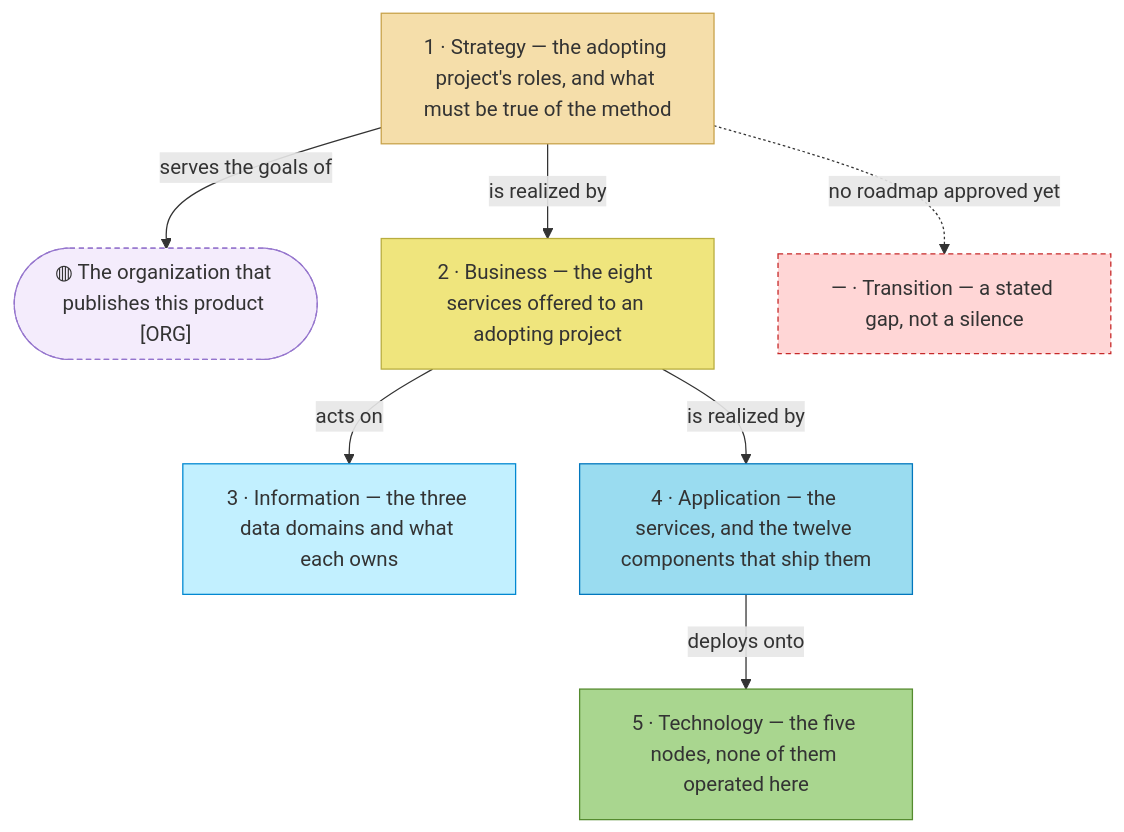
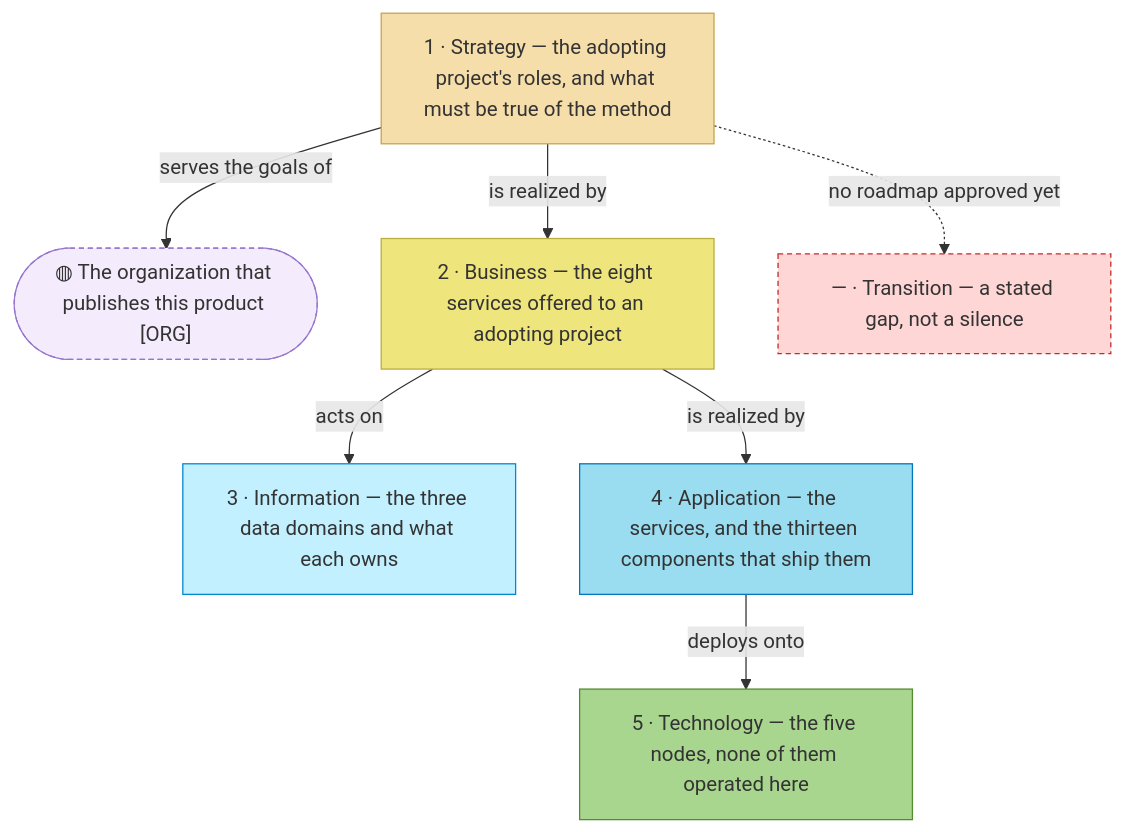
The diagram in product-archreator/architecture/README.md (roanboc/architecture-archreator), drawn with Mermaid before and after one commit. The commit also changed other lines of this file and 38 other files, not shown here.

````diff
--- a/product-archreator/architecture/README.md
+++ b/product-archreator/architecture/README.md
@@ -16,26 +17,26 @@
 ```mermaid
 flowchart TB
   org(["◍ The organization that publishes this product [ORG]"]):::ext
 
   l1["1 · Strategy — the adopting project's roles, and what must be true of the method"]:::strategy
   l2["2 · Business — the eight services offered to an adopting project"]:::business
   l3["3 · Information — the three data domains and what each owns"]:::info
-  l4["4 · Application — the services, and the twelve components that ship them"]:::app
+  l4["4 · Application — the services, and the thirteen components that ship them"]:::app
   l5["5 · Technology — the five nodes, none of them operated here"]:::tech
   gap["— · Transition — a stated gap, not a silence"]:::gap
 
   l1 -->|serves the goals of| org
   l1 -->|is realized by| l2
   l2 -->|acts on| l3
   l2 -->|is realized by| l4
   l4 -->|deploys onto| l5
   l1 -.->|no roadmap approved yet| gap
 
   classDef strategy fill:#f5deaa,stroke:#c8a24a,color:#333
   classDef business fill:#efe57d,stroke:#b8ad3f,color:#333
   classDef info fill:#c2f0ff,stroke:#0288d1,color:#333
   classDef app fill:#9adcf0,stroke:#0277bd,color:#333
   classDef tech fill:#a9d68f,stroke:#558b2f,color:#333
   classDef ext fill:#f4ecfc,stroke:#9575cd,color:#333,stroke-dasharray: 4 3
   classDef gap fill:#ffd6d6,stroke:#c62828,color:#333,stroke-dasharray: 4 3
 ```
````
